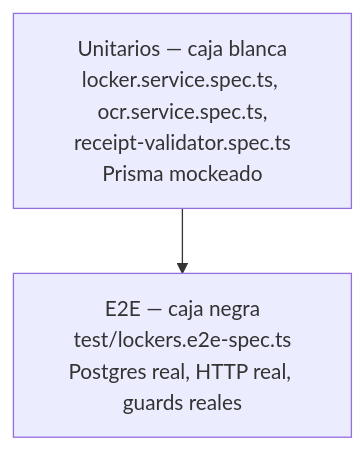
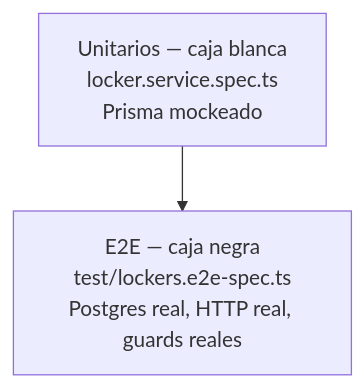
The fourth of 4 diagrams in docs/dominio/12-concurrencia-y-testing.md (marcado993/concepto), drawn with Mermaid before and after one commit. The commit also changed other lines of this file and 28 other files, not shown here.

````diff
--- a/docs/dominio/12-concurrencia-y-testing.md
+++ b/docs/dominio/12-concurrencia-y-testing.md
@@ -103,6 +110,6 @@
 ```mermaid
 graph TB
     E2E["E2E — caja negra<br/>test/lockers.e2e-spec.ts<br/>Postgres real, HTTP real, guards reales"]
-    UNIT["Unitarios — caja blanca<br/>locker.service.spec.ts, ocr.service.spec.ts,<br/>receipt-validator.spec.ts<br/>Prisma mockeado"]
+    UNIT["Unitarios — caja blanca<br/>locker.service.spec.ts<br/>Prisma mockeado"]
     UNIT --> E2E
 ```
````
